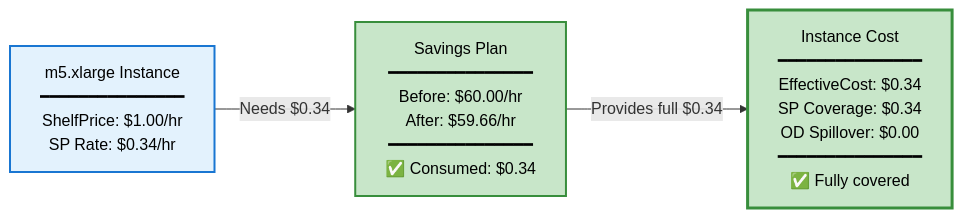
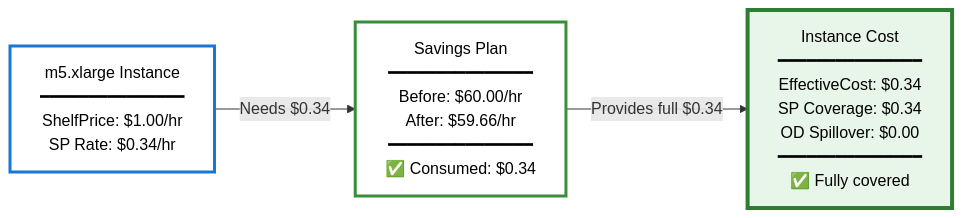
One commit to Nextdoor/lumina changed the fourth of 8 diagrams in ALGORITHM.md. Above: the diagram before and after it, drawn with Mermaid. The commit also changed other lines of this file, not shown here.

Commit message:
docs(algorithm): improve text contrast in coverage diagrams
Change from colored backgrounds to white backgrounds with thick
colored borders for better text readability:

- White backgrounds (#fff) for maximum text contrast
- Thick colored borders (3-4px) indicate status:
  - Blue = Instance
  - Green = Healthy/success
  - Red = Exhausted SP
  - Orange = Spillover
- Very light tints only on result boxes

Text is now clearly readable while maintaining visual distinction
between scenarios.

🤖 Generated with [Claude Code](https://claude.com/claude-code)

````diff
--- a/ALGORITHM.md
+++ b/ALGORITHM.md
@@ -272,15 +272,15 @@
 ```mermaid
 flowchart LR
     I1["m5.xlarge Instance<br/>━━━━━━━━━━━━━━━<br/>ShelfPrice: $1.00/hr<br/>SP Rate: $0.34/hr"]
 
     SP1["Savings Plan<br/>━━━━━━━━━━━━━━━<br/>Before: $60.00/hr<br/>After: $59.66/hr<br/>━━━━━━━━━━━━━━━<br/>✅ Consumed: $0.34"]
 
     Result["Instance Cost<br/>━━━━━━━━━━━━━━━<br/>EffectiveCost: $0.34<br/>SP Coverage: $0.34<br/>OD Spillover: $0.00<br/>━━━━━━━━━━━━━━━<br/>✅ Fully covered"]
 
     I1 -->|"Needs $0.34"| SP1
     SP1 -->|"Provides full $0.34"| Result
 
-    style I1 fill:#e3f2fd,stroke:#1976d2,stroke-width:2px,color:#000
-    style SP1 fill:#c8e6c9,stroke:#388e3c,stroke-width:2px,color:#000
-    style Result fill:#c8e6c9,stroke:#388e3c,stroke-width:3px,color:#000
+    style I1 fill:#fff,stroke:#1976d2,stroke-width:3px,color:#000
+    style SP1 fill:#fff,stroke:#388e3c,stroke-width:3px,color:#000
+    style Result fill:#e8f5e9,stroke:#2e7d32,stroke-width:4px,color:#000
 ```
````
